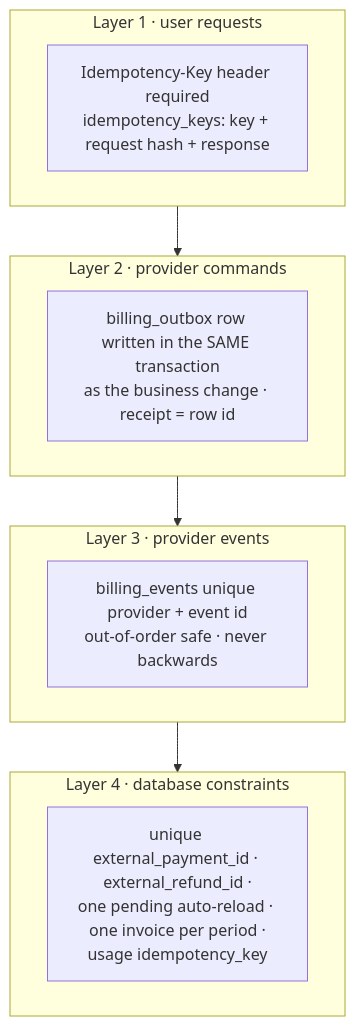
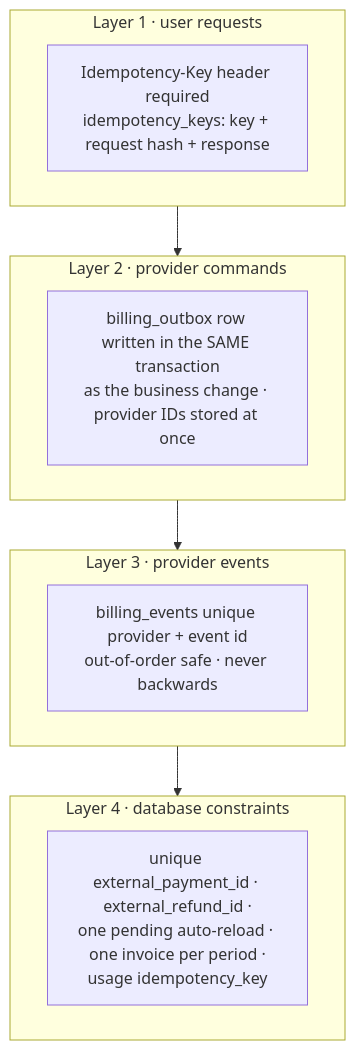
Before and after one commit to singhdhruv525-source/Zella-AI: diagram 13 of 16 in docs/PAYMENTS_ARCHITECTURE.md, drawn with Mermaid. The commit also changed other lines of this file, not shown here.

First line of the commit message:
Payments draft: remove leftover receipt, exactly-once, replay and refund-threshold statements

````diff
--- a/docs/PAYMENTS_ARCHITECTURE.md
+++ b/docs/PAYMENTS_ARCHITECTURE.md
@@ -447,16 +447,16 @@
 ```mermaid
 flowchart TB
   subgraph L1[Layer 1 · user requests]
     k[Idempotency-Key header required<br/>idempotency_keys: key + request hash + response]
   end
   subgraph L2[Layer 2 · provider commands]
-    ob[billing_outbox row written in the SAME transaction<br/>as the business change · receipt = row id]
+    ob[billing_outbox row written in the SAME transaction<br/>as the business change · provider IDs stored at once]
   end
   subgraph L3[Layer 3 · provider events]
     ib[billing_events unique provider + event id<br/>out-of-order safe · never backwards]
   end
   subgraph L4[Layer 4 · database constraints]
     uc[unique external_payment_id · external_refund_id ·<br/>one pending auto-reload · one invoice per period ·<br/>usage idempotency_key]
   end
   L1 --> L2 --> L3 --> L4
 ```
````
